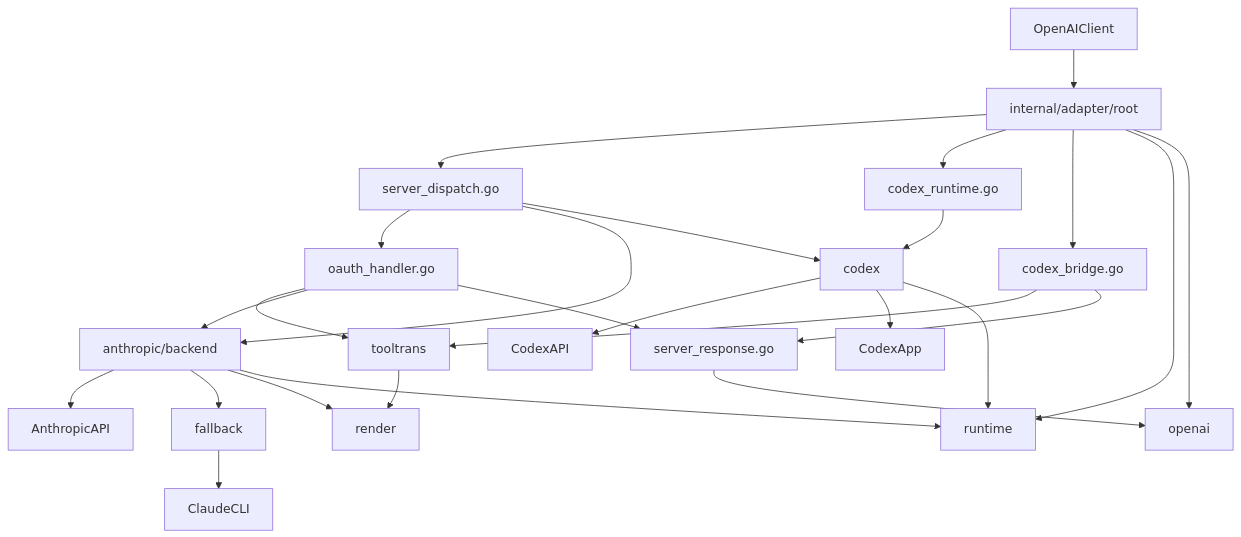
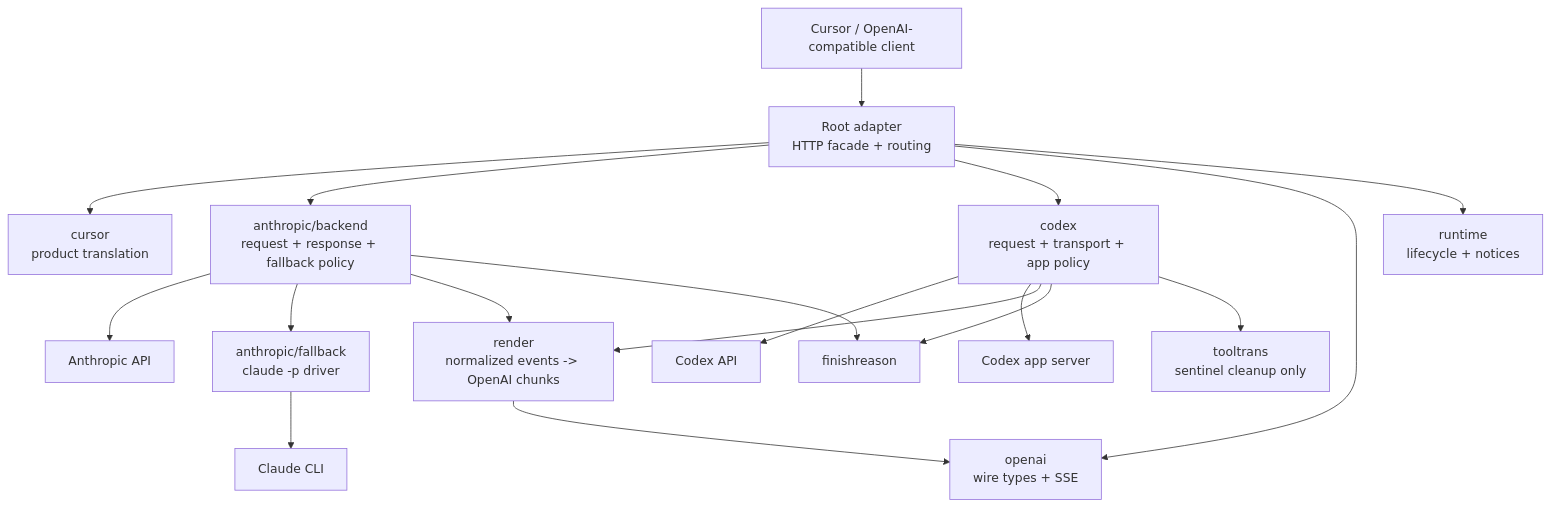
One commit to agoodkind/clotilde changed the first of 3 diagrams in docs/adapter-refactor/adapter-refactor.md. Above: the diagram before and after it, drawn with Mermaid. The commit also changed other lines of this file and 1 other file, not shown here.

Commit message:
docs: clean adapter refactor plan

````diff
--- a/docs/adapter-refactor/adapter-refactor.md
+++ b/docs/adapter-refactor/adapter-refactor.md
@@ -329,50 +122,47 @@
 ```mermaid
 flowchart TD
-    OpenAIClient[OpenAIClient]
-    RootAdapter["internal/adapter/root"]
-    ServerDispatch[server_dispatch.go]
-    OAuthHandler[oauth_handler.go]
-    CodexRuntime[codex_runtime.go]
-    CodexBridge[codex_bridge.go]
-    ServerResponse[server_response.go]
-    Tooltrans[tooltrans]
-    AnthBackend["anthropic/backend"]
-    CodexBackend[codex]
-    Render[render]
-    Runtime[runtime]
-    OpenAIShared[openai]
-    FallbackPkg[fallback]
-    AnthropicAPI[AnthropicAPI]
-    CodexAPI[CodexAPI]
-    CodexApp[CodexApp]
-    ClaudeCLI[ClaudeCLI]
+    Cursor[Cursor / OpenAI-compatible client]
+    Root["Root adapter
+HTTP facade + routing"]
+    CursorLayer["cursor
+product translation"]
+    Anthropic["anthropic/backend
+request + response + fallback policy"]
+    AnthFallback["anthropic/fallback
+claude -p driver"]
+    Codex["codex
+request + transport + app policy"]
+    OpenAI["openai
+wire types + SSE"]
+    Render["render
+normalized events -> OpenAI chunks"]
+    Runtime["runtime
+lifecycle + notices"]
+    Finish["finishreason"]
+    Tooltrans["tooltrans
+sentinel cleanup only"]
+    AnthAPI[Anthropic API]
+    CodexAPI[Codex API]
+    CodexApp[Codex app server]
+    ClaudeCLI[Claude CLI]
 
-    OpenAIClient --> RootAdapter
-    RootAdapter --> ServerDispatch
-    ServerDispatch --> OAuthHandler
-    ServerDispatch --> AnthBackend
-    ServerDispatch --> CodexBackend
-    RootAdapter --> CodexRuntime
-    RootAdapter --> CodexBridge
+    Cursor --> Root
+    Root --> CursorLayer
+    Root --> Anthropic
+    Root --> Codex
+    Root --> OpenAI
+    Root --> Runtime
 
-    OAuthHandler --> Tooltrans
-    OAuthHandler --> AnthBackend
-    OAuthHandler --> ServerResponse
-    CodexBridge --> Tooltrans
-    CodexBridge --> ServerResponse
-    CodexRuntime --> CodexBackend
-    ServerResponse --> OpenAIShared
+    Anthropic --> AnthAPI
+    Anthropic --> AnthFallback
+    AnthFallback --> ClaudeCLI
+    Codex --> CodexAPI
+    Codex --> CodexApp
 
-    Tooltrans --> Render
-    AnthBackend --> AnthropicAPI
-    AnthBackend --> FallbackPkg
-    AnthBackend --> Render
-    AnthBackend --> Runtime
-    CodexBackend --> CodexAPI
-    CodexBackend --> CodexApp
-    CodexBackend --> Runtime
-    FallbackPkg --> ClaudeCLI
-
-    RootAdapter --> Runtime
-    RootAdapter --> OpenAIShared
+    Anthropic --> Render
+    Codex --> Render
+    Render --> OpenAI
+    Anthropic --> Finish
+    Codex --> Finish
+    Codex --> Tooltrans
 ```
````
